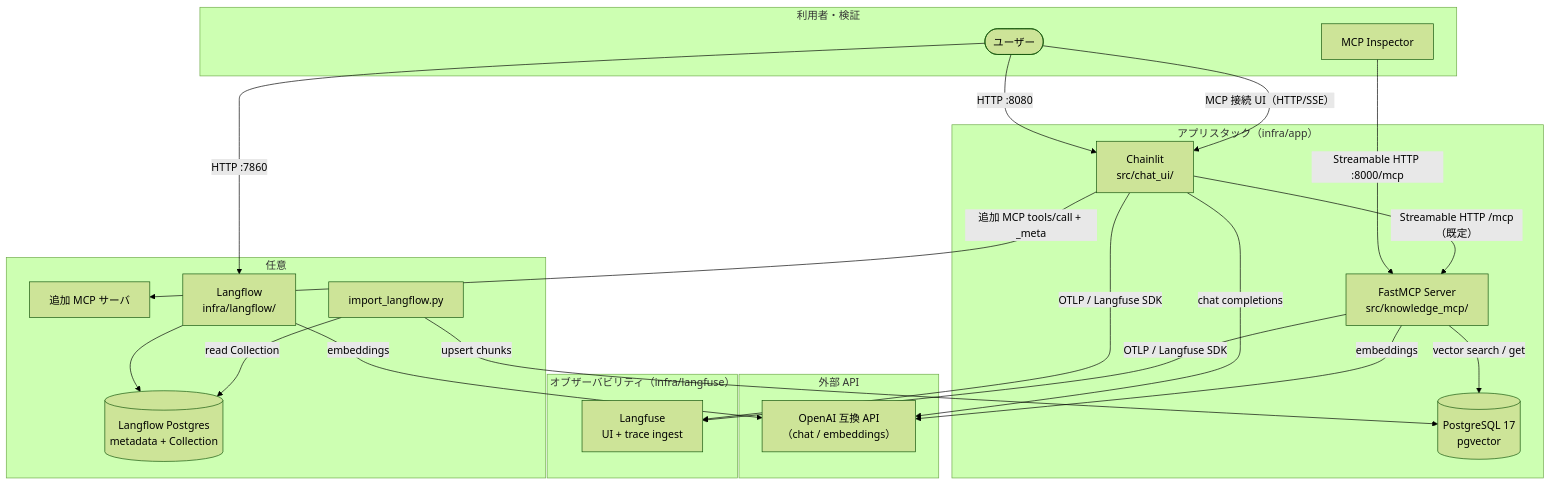
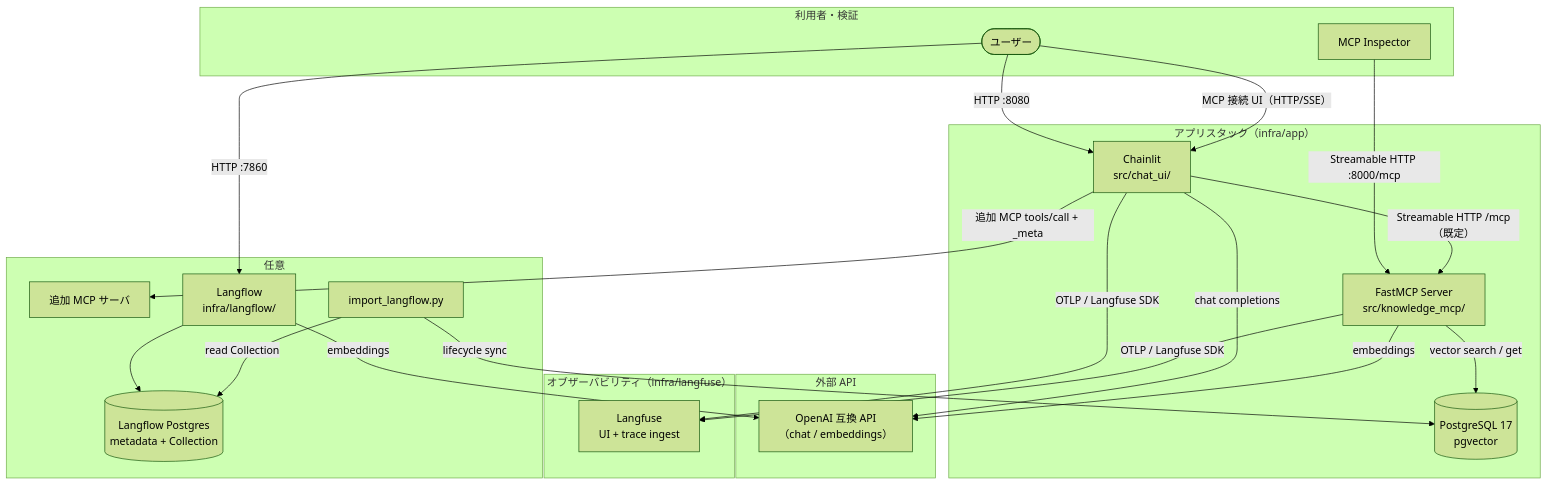
The first of 2 diagrams in docs/current/architecture.md (s-kodani/template-ai-coding), drawn with Mermaid (forest theme) before and after one commit. The commit also changed 19 other files, not shown here.

````diff
--- a/docs/current/architecture.md
+++ b/docs/current/architecture.md
@@ -24,44 +24,44 @@
 ```mermaid
 flowchart TB
     subgraph users["利用者・検証"]
         User([ユーザー])
         Inspector[MCP Inspector]
     end
 
     subgraph app["アプリスタック（infra/app）"]
         Chainlit["Chainlit<br/>src/chat_ui/"]
         MCP["FastMCP Server<br/>src/knowledge_mcp/"]
         PG[("PostgreSQL 17<br/>pgvector")]
     end
 
     subgraph external["外部 API"]
         LLM["OpenAI 互換 API<br/>（chat / embeddings）"]
     end
 
     subgraph observability["オブザーバビリティ（infra/langfuse）"]
         Langfuse["Langfuse<br/>UI + trace ingest"]
     end
 
     subgraph optional["任意"]
         ExtraMCP[追加 MCP サーバ]
         Langflow["Langflow<br/>infra/langflow/"]
         LFPG[("Langflow Postgres<br/>metadata + Collection")]
         Adapter["import_langflow.py"]
     end
 
     User -->|HTTP :8080| Chainlit
     User -->|HTTP :7860| Langflow
     Langflow --> LFPG
     Langflow -->|embeddings| LLM
     Adapter -->|read Collection| LFPG
-    Adapter -->|upsert chunks| PG
+    Adapter -->|lifecycle sync| PG
     User -->|"MCP 接続 UI（HTTP/SSE）"| Chainlit
     Inspector -->|"Streamable HTTP :8000/mcp"| MCP
     Chainlit -->|"Streamable HTTP /mcp（既定）"| MCP
     Chainlit -->|追加 MCP tools/call + _meta| ExtraMCP
     Chainlit -->|chat completions| LLM
     MCP -->|vector search / get| PG
     MCP -->|embeddings| LLM
     Chainlit -->|OTLP / Langfuse SDK| Langfuse
     MCP -->|OTLP / Langfuse SDK| Langfuse
 ```
````
